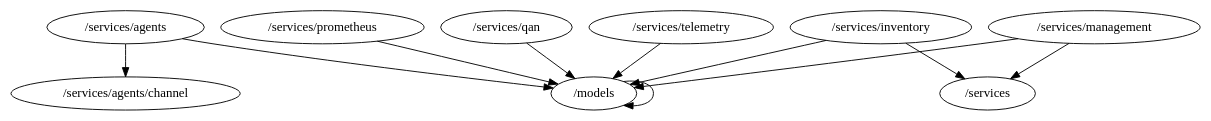
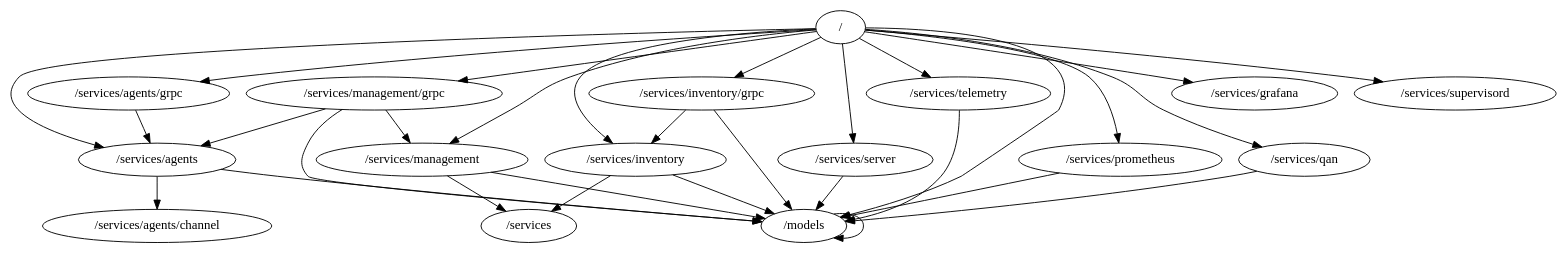
Before and after one commit to percona/pmm: the diagram in packages.dot, drawn with Graphviz. The commit also changed 19 other files, not shown here.

```diff
--- a/packages.dot
+++ b/packages.dot
@@ -1,12 +1,32 @@
 digraph packages {
+	"/" -> "/models";
+	"/" -> "/services/agents";
+	"/" -> "/services/agents/grpc";
+	"/" -> "/services/grafana";
+	"/" -> "/services/inventory";
+	"/" -> "/services/inventory/grpc";
+	"/" -> "/services/management";
+	"/" -> "/services/management/grpc";
+	"/" -> "/services/prometheus";
+	"/" -> "/services/qan";
+	"/" -> "/services/server";
+	"/" -> "/services/supervisord";
+	"/" -> "/services/telemetry";
 	"/models" -> "/models";
 	"/services/agents" -> "/models";
 	"/services/agents" -> "/services/agents/channel";
+	"/services/agents/grpc" -> "/services/agents";
 	"/services/inventory" -> "/models";
 	"/services/inventory" -> "/services";
+	"/services/inventory/grpc" -> "/models";
+	"/services/inventory/grpc" -> "/services/inventory";
 	"/services/management" -> "/models";
 	"/services/management" -> "/services";
+	"/services/management/grpc" -> "/models";
+	"/services/management/grpc" -> "/services/agents";
+	"/services/management/grpc" -> "/services/management";
 	"/services/prometheus" -> "/models";
 	"/services/qan" -> "/models";
+	"/services/server" -> "/models";
 	"/services/telemetry" -> "/models";
 }
```
